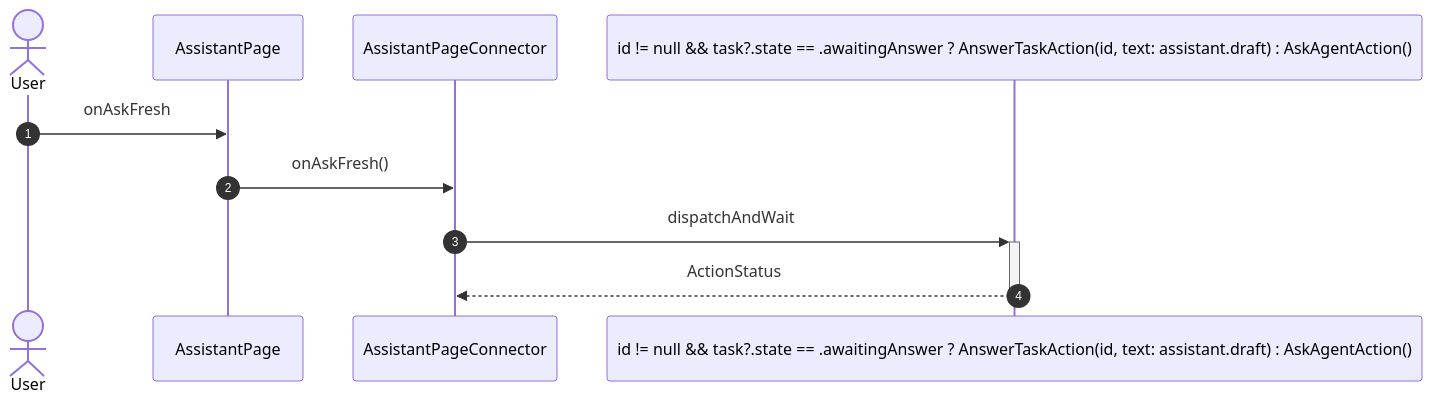
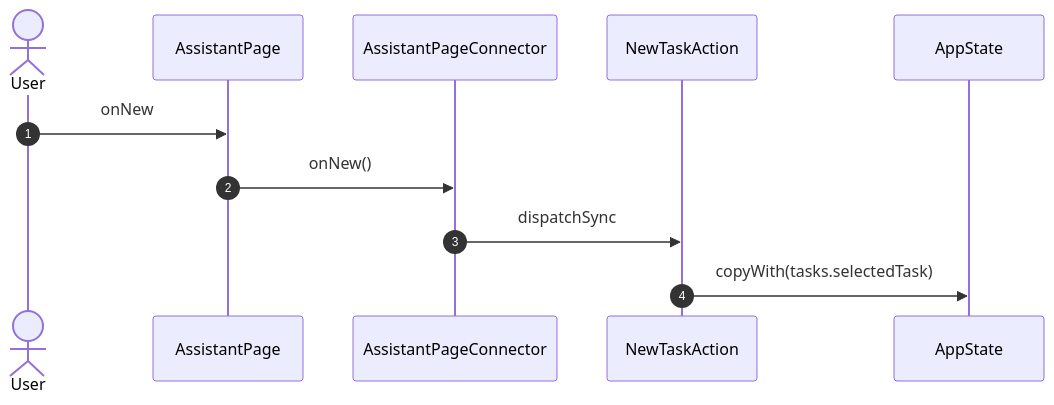
One commit to gencto/wyrm changed diagram 19 of 23 in studio/docs/flows/assistant.md. Above: the diagram before and after it, drawn with Mermaid. The commit also changed other lines of this file and 94 other files, not shown here.

First line of the commit message:
studio: assistant: typed wire, words in ui, one action per intent

````diff
--- a/studio/docs/flows/assistant.md
+++ b/studio/docs/flows/assistant.md
@@ -449,13 +348,14 @@
 ```mermaid
 sequenceDiagram
     autonumber
     actor User
     participant UI as AssistantPage
     participant VM as AssistantPageConnector
-    participant A1 as id != null && task?.state == .awaitingAnswer ? AnswerTaskAction(id, text: assistant.draft) : AskAgentAction()
+    participant A1 as NewTaskAction
+    participant ST as AppState
 
-    User->>UI: onAskFresh
-    UI->>VM: onAskFresh()
-    VM->>+A1: dispatchAndWait
-    A1-->>-VM: ActionStatus
+    User->>UI: onNew
+    UI->>VM: onNew()
+    VM->>A1: dispatchSync
+    A1->>ST: copyWith(tasks.selectedTask)
 ```
````
